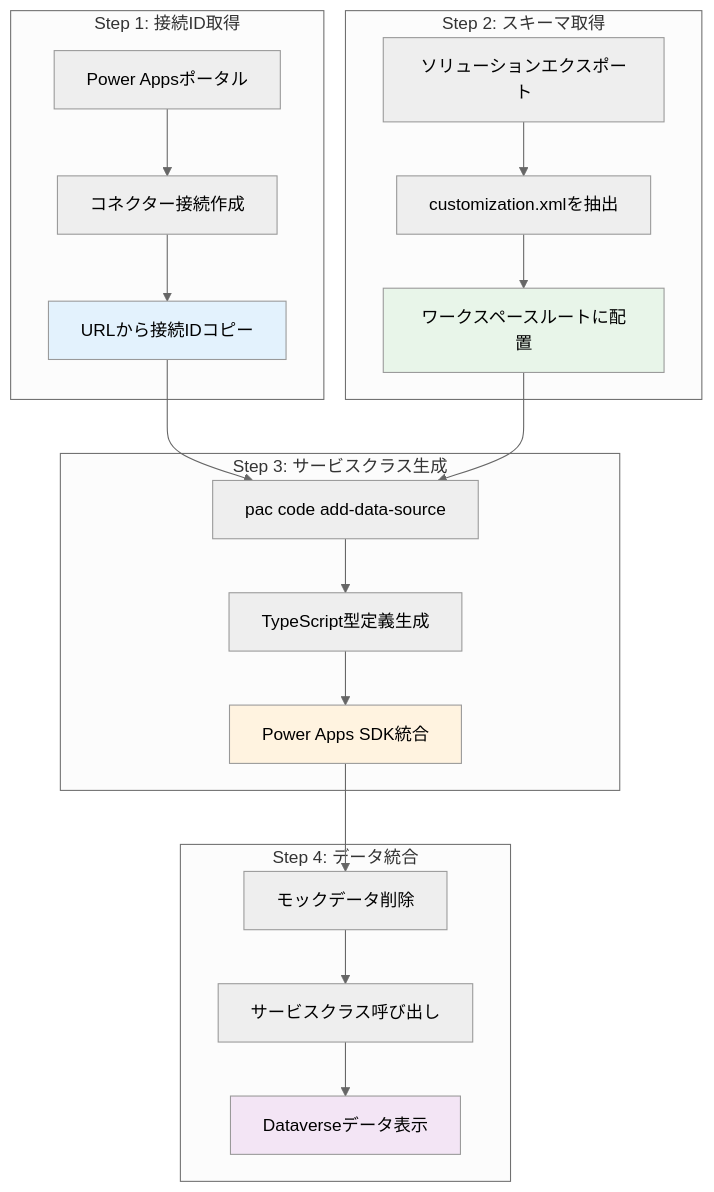
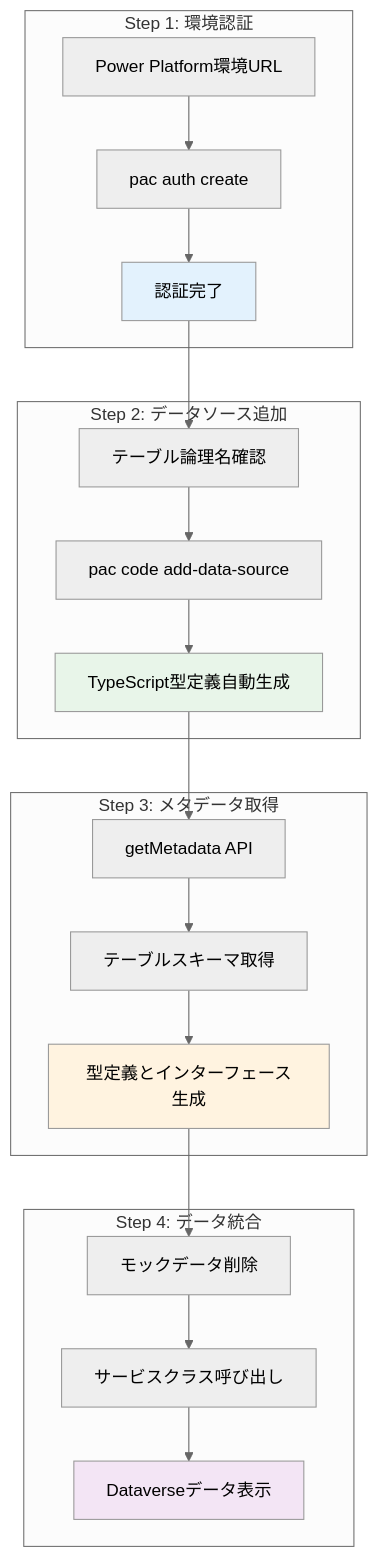
The first of 6 diagrams in PHASE3_DATA_INTEGRATION.md (PLUG365/DecisionFlow), drawn with Mermaid (neutral theme) before and after one commit. The commit also changed other lines of this file, not shown here.

Commit message:
Update PHASE3 documentation with official API-based methods

````diff
--- a/PHASE3_DATA_INTEGRATION.md
+++ b/PHASE3_DATA_INTEGRATION.md
@@ -94,31 +94,31 @@
 ```mermaid
 graph TB
-    subgraph "Step 1: 接続ID取得"
-        A1[Power Appsポータル] --> A2[コネクター接続作成]
-        A2 --> A3[URLから接続IDコピー]
+    subgraph "Step 1: 環境認証"
+        A1[Power Platform環境URL] --> A2[pac auth create]
+        A2 --> A3[認証完了]
     end
     
-    subgraph "Step 2: スキーマ取得"
-        B1[ソリューションエクスポート] --> B2[customization.xmlを抽出]
-        B2 --> B3[ワークスペースルートに配置]
+    subgraph "Step 2: データソース追加"
+        B1[テーブル論理名確認] --> B2[pac code add-data-source]
+        B2 --> B3[TypeScript型定義自動生成]
     end
     
-    subgraph "Step 3: サービスクラス生成"
-        C1[pac code add-data-source] --> C2[TypeScript型定義生成]
-        C2 --> C3[Power Apps SDK統合]
+    subgraph "Step 3: メタデータ取得"
+        C1[getMetadata API] --> C2[テーブルスキーマ取得]
+        C2 --> C3[型定義とインターフェース生成]
     end
     
     subgraph "Step 4: データ統合"
         D1[モックデータ削除] --> D2[サービスクラス呼び出し]
         D2 --> D3[Dataverseデータ表示]
     end
     
-    A3 --> C1
+    A3 --> B1
     B3 --> C1
     C3 --> D1
     
     style A3 fill:#e3f2fd
     style B3 fill:#e8f5e9
     style C3 fill:#fff3e0
     style D3 fill:#f3e5f5
 ```
````
